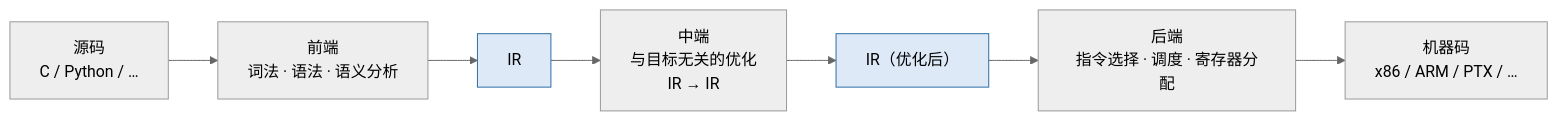
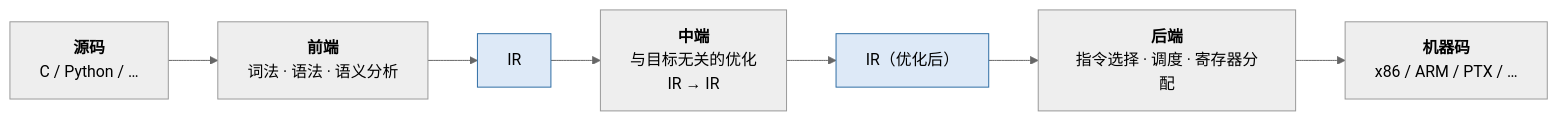
One commit to arganzheng/arganzheng.github.com changed the first of 8 diagrams in _posts/2026-11-22-compiler-skeleton-ir-ssa-and-passes.md. Above: the diagram before and after it, drawn with Mermaid (neutral theme). The commit also changed other lines of this file and 8 other files, not shown here.

First line of the commit message:
ML 编译器内部：从 SSA、MLIR 到 Triton 编译器：Mermaid 多行方框的首行标为标题（9 篇）

````diff
--- a/_posts/2026-11-22-compiler-skeleton-ir-ssa-and-passes.md
+++ b/_posts/2026-11-22-compiler-skeleton-ir-ssa-and-passes.md
@@ -58,15 +58,15 @@
 ```mermaid
 %% 图：编译器的三段：前端产出 IR，中端做与目标无关的 IR → IR 优化，后端做指令选择、调度与寄存器分配
 flowchart LR
-    src["源码<br/>C / Python / …"]
-    fe["前端<br/>词法 · 语法 · 语义分析"]
+    src["<b>源码</b><br/>C / Python / …"]
+    fe["<b>前端</b><br/>词法 · 语法 · 语义分析"]
     ir1["IR"]
-    me["中端<br/>与目标无关的优化<br/>IR → IR"]
+    me["<b>中端</b><br/>与目标无关的优化<br/>IR → IR"]
     ir2["IR（优化后）"]
-    be["后端<br/>指令选择 · 调度 · 寄存器分配"]
-    mc["机器码<br/>x86 / ARM / PTX / …"]
+    be["<b>后端</b><br/>指令选择 · 调度 · 寄存器分配"]
+    mc["<b>机器码</b><br/>x86 / ARM / PTX / …"]
     src --> fe --> ir1 --> me --> ir2 --> be --> mc
 
     classDef ir fill:#dde9f7,stroke:#2e6da4
     class ir1,ir2 ir
 ```
````
